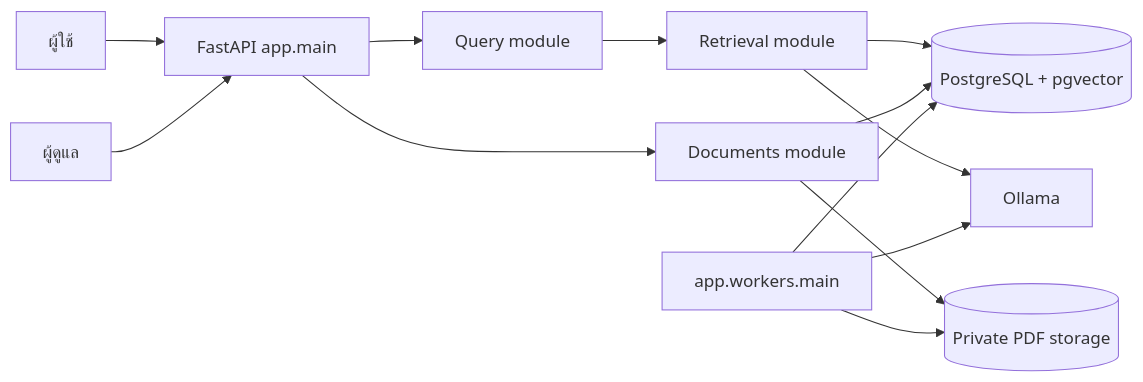
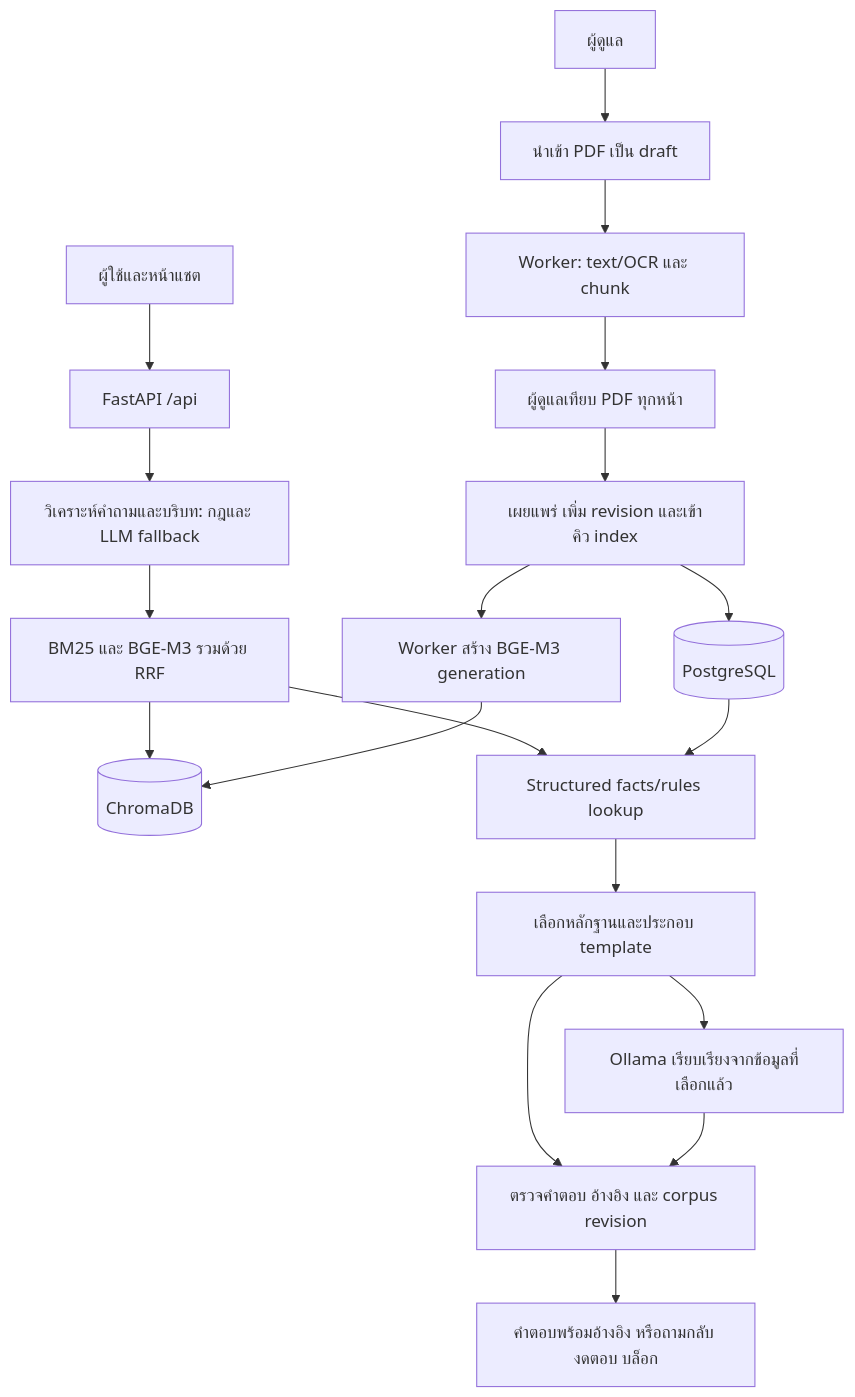
The diagram in docs/architecture.md (BossZY27/COCO-RISE), drawn with Mermaid before and after one commit. The commit also changed other lines of this file and 65 other files, not shown here.

Commit message:
feat: unify RISE API with verified LLM answers and reviewed grant catalogue

````diff
--- a/docs/architecture.md
+++ b/docs/architecture.md
@@ -5,15 +5,21 @@
 ```mermaid
-flowchart LR
-  user[ผู้ใช้] --> api[FastAPI app.main]
-  admin[ผู้ดูแล] --> api
-  api --> query[Query module]
-  api --> docs[Documents module]
-  query --> retrieval[Retrieval module]
-  retrieval --> pg[(PostgreSQL + pgvector)]
-  retrieval --> ollama[Ollama]
-  docs --> pg
-  docs --> files[(Private PDF storage)]
-  worker[app.workers.main] --> pg
-  worker --> files
-  worker --> ollama
+flowchart TD
+  user[ผู้ใช้และหน้าแชต] --> api[FastAPI /api]
+  api --> analyze[วิเคราะห์คำถามและบริบท: กฎและ LLM fallback]
+  analyze --> retrieval[BM25 และ BGE-M3 รวมด้วย RRF]
+  retrieval --> chroma[(ChromaDB)]
+  retrieval --> lookup[Structured facts/rules lookup]
+  pg[(PostgreSQL)] --> lookup
+  lookup --> template[เลือกหลักฐานและประกอบ template]
+  template --> llm[Ollama เรียบเรียงจากข้อมูลที่เลือกแล้ว]
+  template --> verify[ตรวจคำตอบ อ้างอิง และ corpus revision]
+  llm --> verify
+  verify --> answer[คำตอบพร้อมอ้างอิง หรือถามกลับ งดตอบ บล็อก]
+  admin[ผู้ดูแล] --> draft[นำเข้า PDF เป็น draft]
+  draft --> worker[Worker: text/OCR และ chunk]
+  worker --> review[ผู้ดูแลเทียบ PDF ทุกหน้า]
+  review --> publish[เผยแพร่ เพิ่ม revision และเข้าคิว index]
+  publish --> pg
+  publish --> index[Worker สร้าง BGE-M3 generation]
+  index --> chroma
 ```
````
